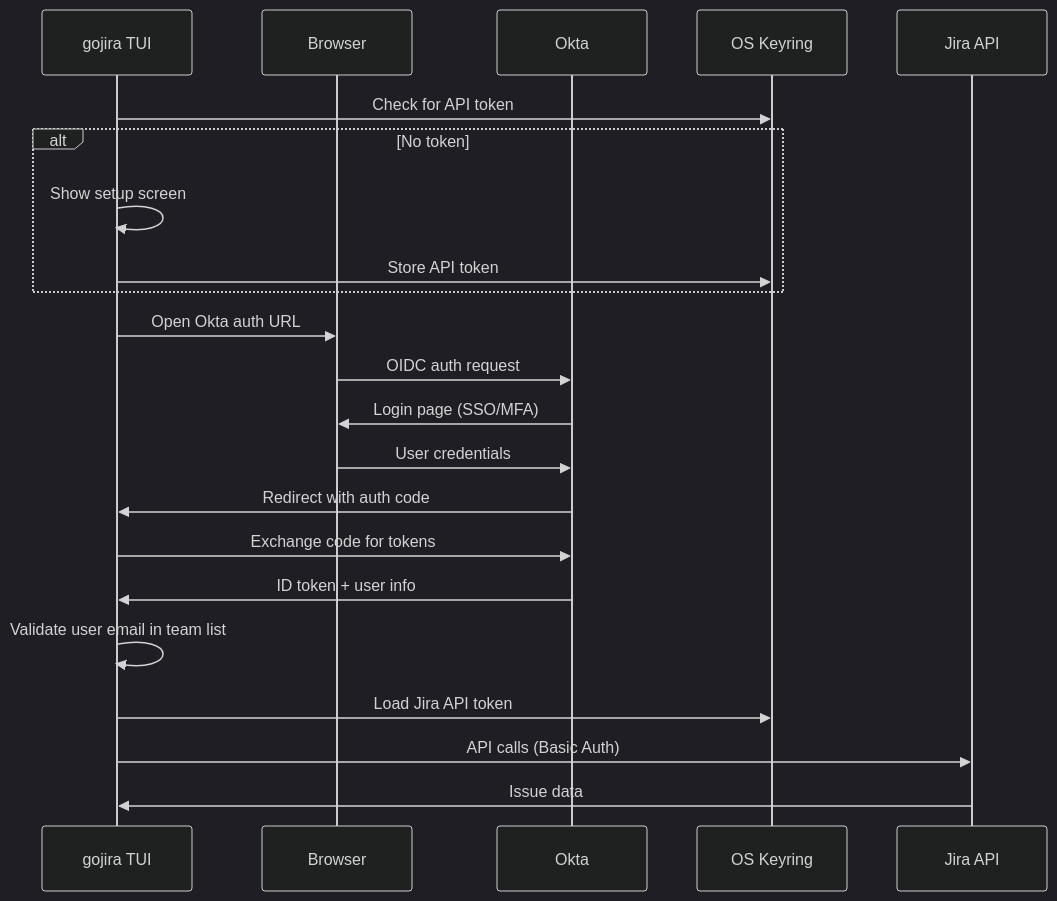
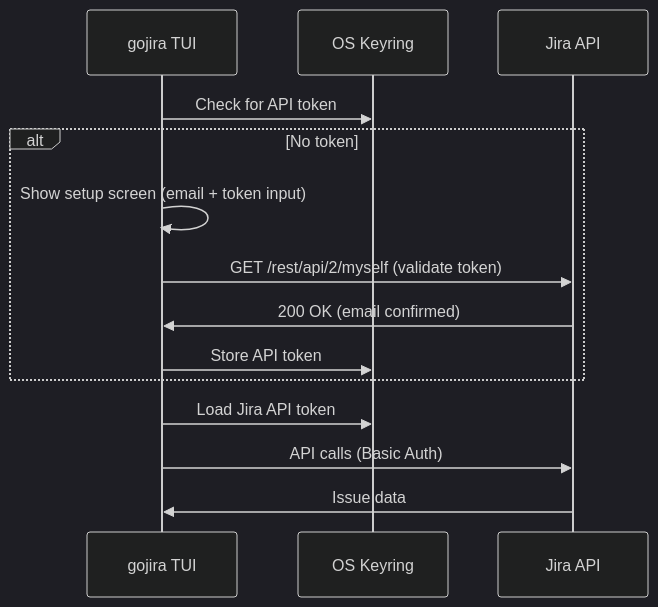
The second of 4 diagrams in documentation/technical-details.md (stainedhead/gojira-tmux), drawn with Mermaid (dark theme) before and after one commit. The commit also changed other lines of this file and 54 other files, not shown here.

First line of the commit message:
feat: replace Okta OAuth with Atlassian API token auth and add team member aliases

````diff
--- a/documentation/technical-details.md
+++ b/documentation/technical-details.md
@@ -89,27 +87,18 @@
 ```mermaid
 sequenceDiagram
     participant TUI as gojira TUI
-    participant Browser
-    participant Okta
     participant Keyring as OS Keyring
     participant Jira as Jira API
 
     TUI->>Keyring: Check for API token
     alt No token
-        TUI->>TUI: Show setup screen
+        TUI->>TUI: Show setup screen (email + token input)
+        TUI->>Jira: GET /rest/api/2/myself (validate token)
+        Jira->>TUI: 200 OK (email confirmed)
         TUI->>Keyring: Store API token
     end
 
-    TUI->>Browser: Open Okta auth URL
-    Browser->>Okta: OIDC auth request
-    Okta->>Browser: Login page (SSO/MFA)
-    Browser->>Okta: User credentials
-    Okta->>TUI: Redirect with auth code
-    TUI->>Okta: Exchange code for tokens
-    Okta->>TUI: ID token + user info
-
-    TUI->>TUI: Validate user email in team list
     TUI->>Keyring: Load Jira API token
     TUI->>Jira: API calls (Basic Auth)
     Jira->>TUI: Issue data
 ```
````
